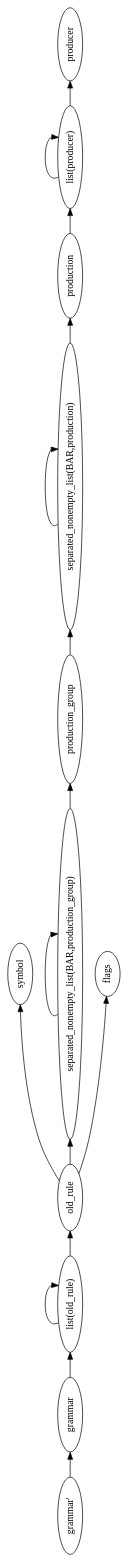
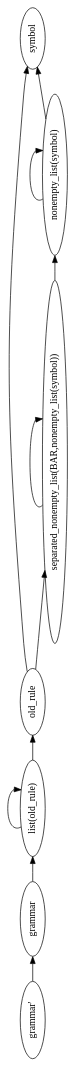
Before and after one commit to meta-introspector/gbnf-nice-parser: the diagram in lib/sentenceParser.dot, drawn with Graphviz. The commit also changed 4 other files, not shown here.

```diff
--- a/lib/sentenceParser.dot
+++ b/lib/sentenceParser.dot
@@ -1,33 +1,23 @@
 digraph G {
 orientation = landscape;
 rankdir = LR;
 ratio = compress;
 nt0 [ label="grammar'" ] ;
 nt1 [ label="symbol" ] ;
-nt2 [ label="separated_nonempty_list(BAR,production_group)" ] ;
-nt3 [ label="separated_nonempty_list(BAR,production)" ] ;
-nt4 [ label="production_group" ] ;
-nt5 [ label="production" ] ;
-nt6 [ label="producer" ] ;
-nt7 [ label="old_rule" ] ;
-nt8 [ label="list(producer)" ] ;
-nt9 [ label="list(old_rule)" ] ;
-nt10 [ label="grammar" ] ;
-nt11 [ label="flags" ] ;
-nt0 -> nt10 [ label="" ] ;
+nt2 [ label="separated_nonempty_list(BAR,nonempty_list(symbol))" ] ;
+nt3 [ label="old_rule" ] ;
+nt4 [ label="nonempty_list(symbol)" ] ;
+nt5 [ label="list(old_rule)" ] ;
+nt6 [ label="grammar" ] ;
+nt0 -> nt6 [ label="" ] ;
 nt2 -> nt2 [ label="" ] ;
 nt2 -> nt4 [ label="" ] ;
-nt3 -> nt3 [ label="" ] ;
-nt3 -> nt5 [ label="" ] ;
-nt4 -> nt3 [ label="" ] ;
-nt5 -> nt8 [ label="" ] ;
-nt7 -> nt1 [ label="" ] ;
-nt7 -> nt2 [ label="" ] ;
-nt7 -> nt11 [ label="" ] ;
-nt8 -> nt6 [ label="" ] ;
-nt8 -> nt8 [ label="" ] ;
-nt9 -> nt7 [ label="" ] ;
-nt9 -> nt9 [ label="" ] ;
-nt10 -> nt9 [ label="" ] ;
+nt3 -> nt1 [ label="" ] ;
+nt3 -> nt2 [ label="" ] ;
+nt4 -> nt1 [ label="" ] ;
+nt4 -> nt4 [ label="" ] ;
+nt5 -> nt3 [ label="" ] ;
+nt5 -> nt5 [ label="" ] ;
+nt6 -> nt5 [ label="" ] ;
 
 }
```
